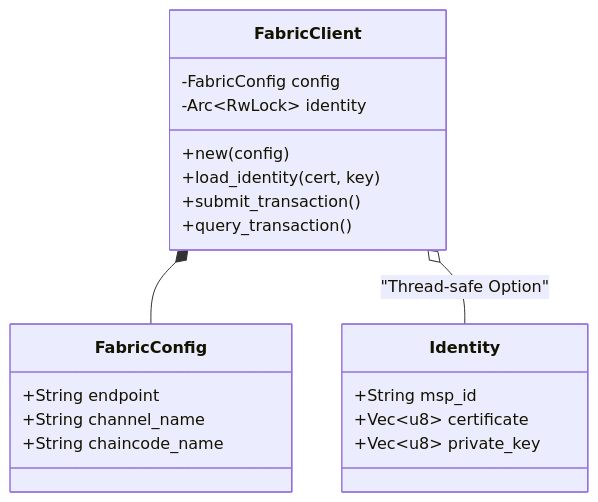
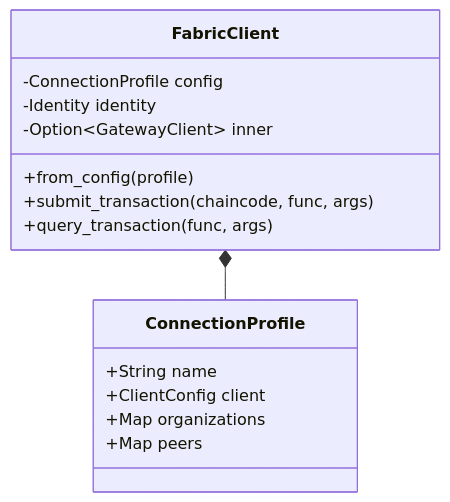
Before and after one commit to Condorcet-Continuum/raise: the diagram in src-tauri/src/blockchain/fabric/README.md, drawn with Mermaid. The commit also changed other lines of this file and 14 other files, not shown here.

````diff
--- a/src-tauri/src/blockchain/fabric/README.md
+++ b/src-tauri/src/blockchain/fabric/README.md
@@ -19,27 +20,20 @@
 ```mermaid
 classDiagram
     class FabricClient {
-        -FabricConfig config
-        -Arc~RwLock~ identity
-        +new(config)
-        +load_identity(cert, key)
-        +submit_transaction()
-        +query_transaction()
+        -ConnectionProfile config
+        -Identity identity
+        -Option~GatewayClient~ inner
+        +from_config(profile)
+        +submit_transaction(chaincode, func, args)
+        +query_transaction(func, args)
     }
 
-    class Identity {
-        +String msp_id
-        +Vec~u8~ certificate
-        +Vec~u8~ private_key
+    class ConnectionProfile {
+        +String name
+        +ClientConfig client
+        +Map organizations
+        +Map peers
     }
 
-    class FabricConfig {
-        +String endpoint
-        +String channel_name
-        +String chaincode_name
-    }
-
-    FabricClient *-- FabricConfig
-    FabricClient o-- Identity : "Thread-safe Option"
-
+    FabricClient *-- ConnectionProfile
 ```
````
